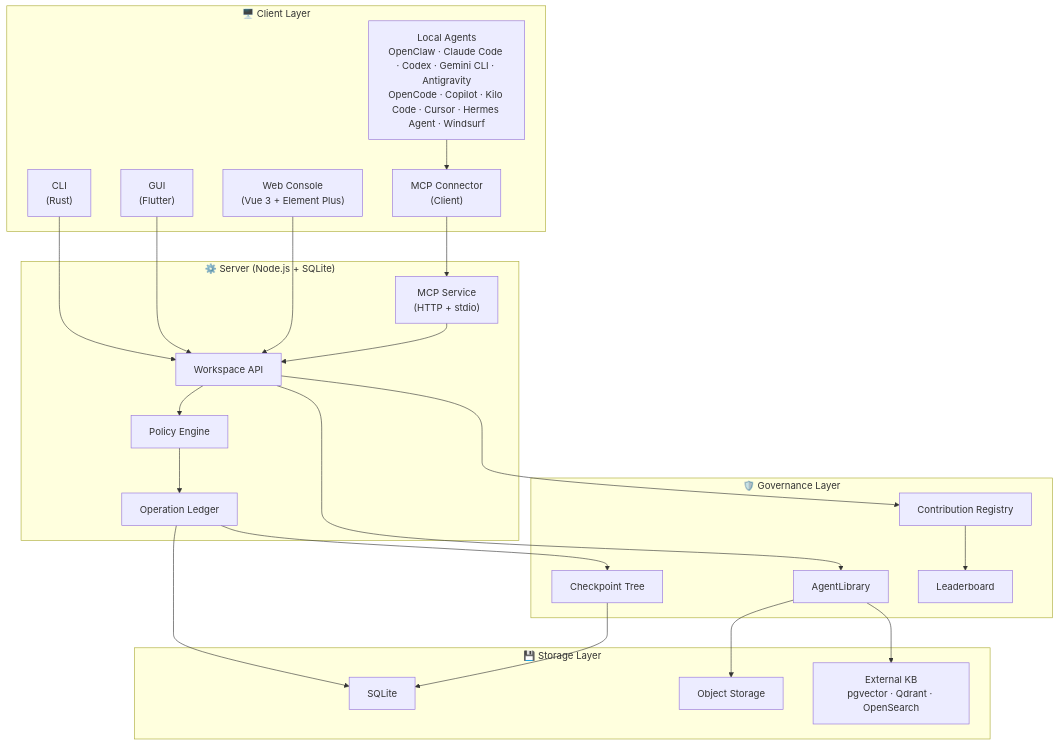
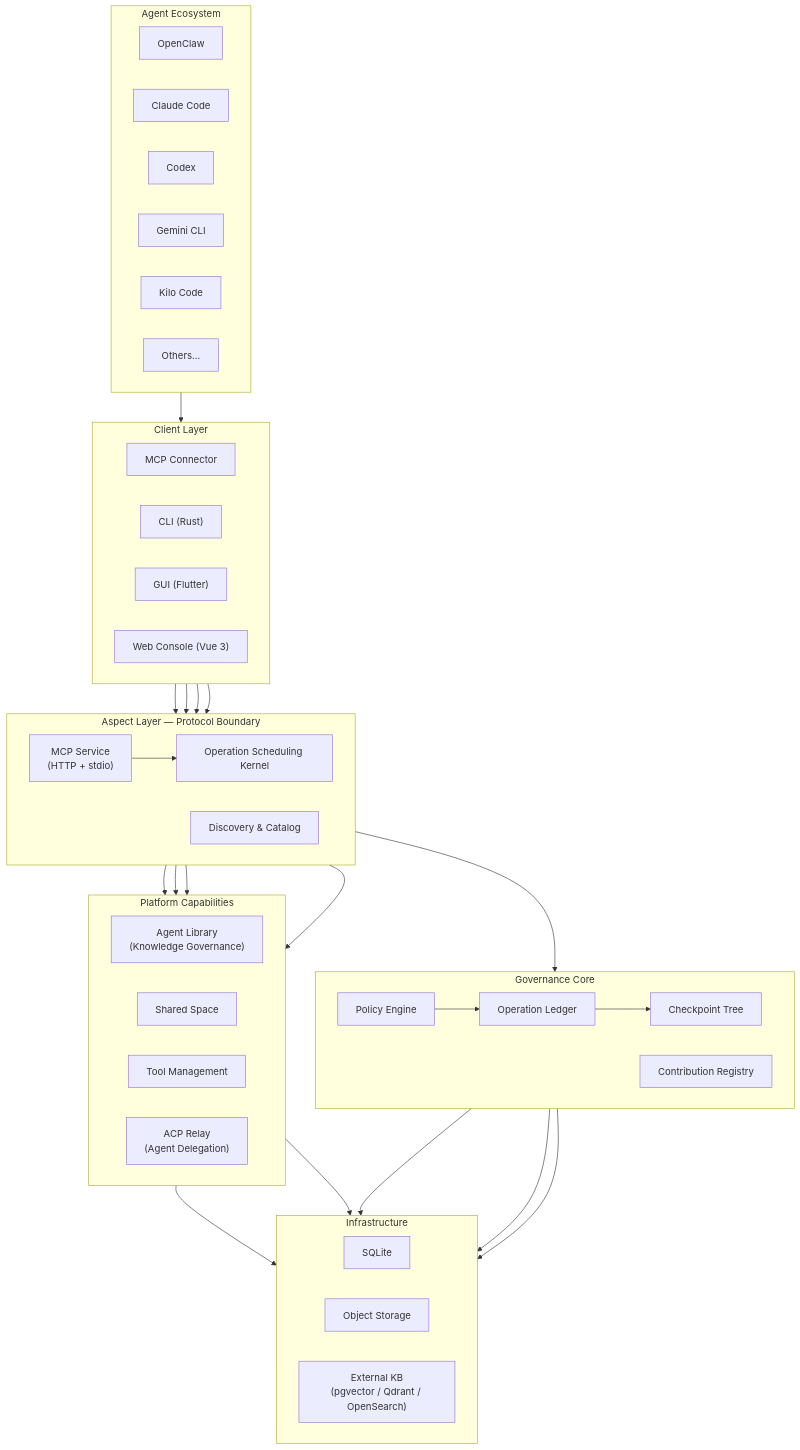
One commit to Unka-Malloc/AgentStudio changed the diagram in README.md. Above: the diagram before and after it, drawn with Mermaid. The commit also changed other lines of this file and 1 other file, not shown here.

````diff
--- a/README.md
+++ b/README.md
@@ -45,47 +46,69 @@
 ```mermaid
 graph TB
-    subgraph Clients["🖥️ Client Layer"]
-        CLI["CLI<br/>(Rust)"]
-        GUI["GUI<br/>(Flutter)"]
-        Console["Web Console<br/>(Vue 3 + Element Plus)"]
-        MCPClient["MCP Connector<br/>(Client)"]
-        Agents["Local Agents<br/>OpenClaw · Claude Code · Codex · Gemini CLI · Antigravity<br/>OpenCode · Copilot · Kilo Code · Cursor · Hermes Agent · Windsurf"]
+    subgraph Agents["Agent Ecosystem"]
+        direction LR
+        A1["OpenClaw"]
+        A2["Claude Code"]
+        A3["Codex"]
+        A4["Gemini CLI"]
+        A5["Kilo Code"]
+        A6["Others..."]
     end
 
-    subgraph Server["⚙️ Server (Node.js + SQLite)"]
-        MCP["MCP Service<br/>(HTTP + stdio)"]
-        API["Workspace API"]
+    subgraph Clients["Client Layer"]
+        direction LR
+        MCP["MCP Connector"]
+        CLI["CLI (Rust)"]
+        GUI["GUI (Flutter)"]
+        Console["Web Console (Vue 3)"]
+    end
+
+    subgraph Aspect["Aspect Layer — Protocol Boundary"]
+        direction LR
+        MCPService["MCP Service<br/>(HTTP + stdio)"]
+        OpKernel["Operation Scheduling Kernel"]
+        Discovery["Discovery & Catalog"]
+    end
+
+    subgraph Core["Governance Core"]
+        direction LR
         Policy["Policy Engine"]
         Ledger["Operation Ledger"]
+        CPT["Checkpoint Tree"]
+        Contrib["Contribution Registry"]
     end
 
-    subgraph Governance["🛡️ Governance Layer"]
-        CPT["Checkpoint Tree"]
-        AL["AgentLibrary"]
-        CR["Contribution Registry"]
-        LB["Leaderboard"]
+    subgraph Capabilities["Platform Capabilities"]
+        direction LR
+        KnowledgeLib["Agent Library<br/>(Knowledge Governance)"]
+        SharedSpace["Shared Space"]
+        ToolMgmt["Tool Management"]
+        ACPRelay["ACP Relay<br/>(Agent Delegation)"]
     end
 
-    subgraph Storage["💾 Storage Layer"]
+    subgraph Infra["Infrastructure"]
+        direction LR
         SQLite["SQLite"]
         Objects["Object Storage"]
-        ExtKB["External KB<br/>pgvector · Qdrant · OpenSearch"]
+        ExtKB["External KB<br/>(pgvector / Qdrant / OpenSearch)"]
     end
 
-    CLI --> API
-    GUI --> API
-    Console --> API
-    Agents --> MCPClient
-    MCPClient --> MCP
-    MCP --> API
-    API --> Policy
+    Agents --> MCP
+    MCP --> MCPService
+    CLI --> OpKernel
+    GUI --> OpKernel
+    Console --> OpKernel
+    MCPService --> OpKernel
+    OpKernel --> Policy
     Policy --> Ledger
     Ledger --> CPT
-    API --> AL
-    API --> CR
-    CR --> LB
+    OpKernel --> KnowledgeLib
+    OpKernel --> SharedSpace
+    OpKernel --> ToolMgmt
+    OpKernel --> ACPRelay
     Ledger --> SQLite
     CPT --> SQLite
-    AL --> Objects
-    AL --> ExtKB
+    KnowledgeLib --> Objects
+    KnowledgeLib --> ExtKB
+    Contrib --> SQLite
 ```
````
